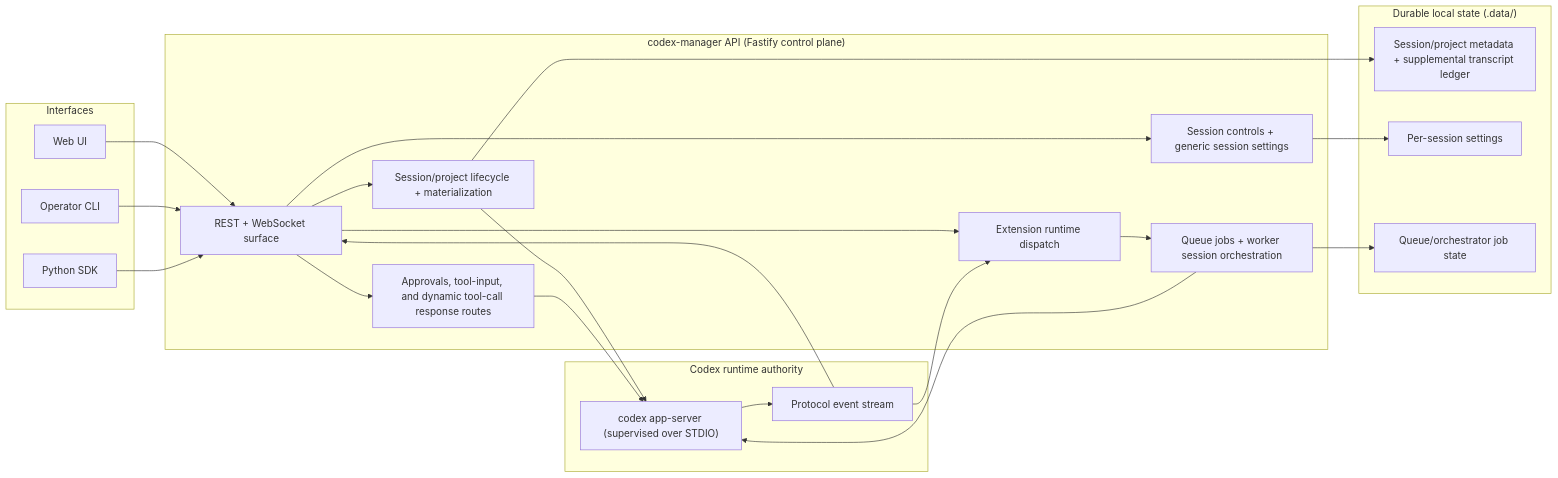
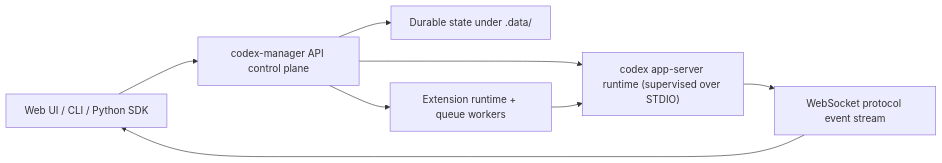
The diagram in README.md (jmillpps/codex-manager), drawn with Mermaid before and after one commit. The commit also changed other lines of this file, not shown here.

Commit message:
docs: simplify README architecture diagram

````diff
--- a/README.md
+++ b/README.md
@@ -99,50 +99,10 @@
 ```mermaid
 flowchart LR
-    subgraph Clients["Interfaces"]
-        UI["Web UI"]
-        CLI["Operator CLI"]
-        PY["Python SDK"]
-    end
-
-    subgraph Control["codex-manager API (Fastify control plane)"]
-        ROUTES["REST + WebSocket surface"]
-        SESS["Session/project lifecycle + materialization"]
-        CTRL["Session controls + generic session settings"]
-        APPROVAL["Approvals, tool-input, and dynamic tool-call response routes"]
-        EXT["Extension runtime dispatch"]
-        QUEUE["Queue jobs + worker session orchestration"]
-    end
-
-    subgraph Runtime["Codex runtime authority"]
-        APP["codex app-server (supervised over STDIO)"]
-        STREAM["Protocol event stream"]
-    end
-
-    subgraph State["Durable local state (.data/)"]
-        META["Session/project metadata + supplemental transcript ledger"]
-        SETTINGS["Per-session settings"]
-        JOBS["Queue/orchestrator job state"]
-    end
-
-    UI --> ROUTES
-    CLI --> ROUTES
-    PY --> ROUTES
-
-    ROUTES --> SESS
-    ROUTES --> CTRL
-    ROUTES --> APPROVAL
-    ROUTES --> EXT
-
-    SESS --> APP
-    APPROVAL --> APP
-    EXT --> QUEUE
-    QUEUE --> APP
-
-    APP --> STREAM
-    STREAM --> ROUTES
-    STREAM --> EXT
-
-    SESS --> META
-    CTRL --> SETTINGS
-    QUEUE --> JOBS
+    CLIENTS["Web UI / CLI / Python SDK"] --> API["codex-manager API control plane"]
+    API --> RUNTIME["codex app-server runtime (supervised over STDIO)"]
+    RUNTIME --> STREAM["WebSocket protocol event stream"]
+    STREAM --> CLIENTS
+    API --> STATE["Durable state under .data/"]
+    API --> EXT["Extension runtime + queue workers"]
+    EXT --> RUNTIME
 ```
````
